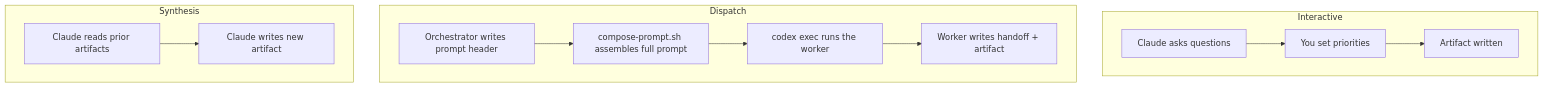
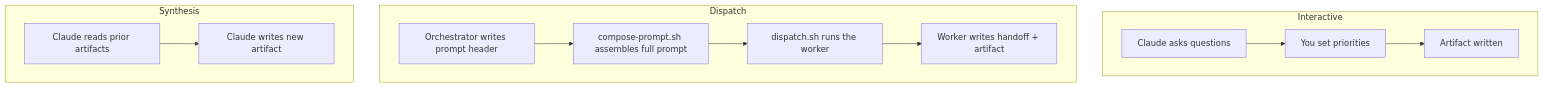
The second of 5 diagrams in README.md (petekp/circuitry), drawn with Mermaid before and after one commit. The commit also changed other lines of this file and 15 other files, not shown here.

First line of the commit message:
Add Codex-free fallback mode using Claude Agent dispatch

````diff
--- a/README.md
+++ b/README.md
@@ -227,14 +230,14 @@
 ```mermaid
 graph TD
     subgraph Interactive
         I1[Claude asks questions] --> I2[You set priorities] --> I3[Artifact written]
     end
     subgraph Dispatch
         D1[Orchestrator writes prompt header] --> D2[compose-prompt.sh assembles full prompt]
-        D2 --> D3[codex exec runs the worker]
+        D2 --> D3[dispatch.sh runs the worker]
         D3 --> D4[Worker writes handoff + artifact]
     end
     subgraph Synthesis
         S1[Claude reads prior artifacts] --> S2[Claude writes new artifact]
     end
 ```
````
